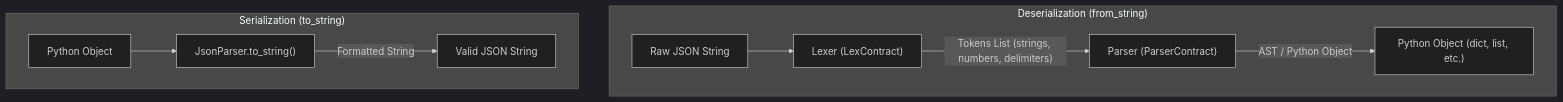
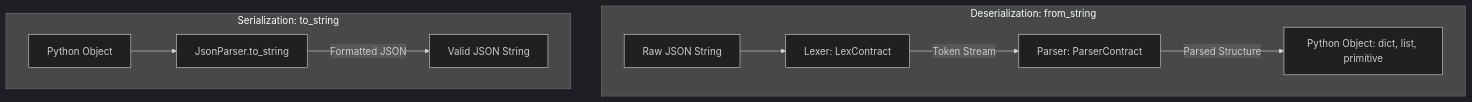
One commit to alexprodan99/pyjsonparser changed the first of 2 diagrams in docs/architecture.md. Above: the diagram before and after it, drawn with Mermaid (dark theme). The commit also changed other lines of this file and 10 other files, not shown here.

Commit message:
docs: fix Mermaid syntax error in architecture.md, add docstrings, and update docs

````diff
--- a/docs/architecture.md
+++ b/docs/architecture.md
@@ -11,13 +11,13 @@
 ```mermaid
 flowchart TD
-    subgraph Deserialization ["Deserialization (from_string)"]
-        Raw["Raw JSON String"] --> Lexer["Lexer (LexContract)"]
-        Lexer -->|"Tokens List (strings, numbers, delimiters)"| Parser["Parser (ParserContract)"]
-        Parser -->|"AST / Python Object"| PythonObj["Python Object (dict, list, etc.)"]
+    subgraph Deserialization ["Deserialization: from_string"]
+        Raw["Raw JSON String"] --> Lexer["Lexer: LexContract"]
+        Lexer -->|"Token Stream"| Parser["Parser: ParserContract"]
+        Parser -->|"Parsed Structure"| PythonObj["Python Object: dict, list, primitive"]
     end
 
-    subgraph Serialization ["Serialization (to_string)"]
-        PythonInput["Python Object"] --> Serializer["JsonParser.to_string()"]
-        Serializer -->|"Formatted String"| OutputJSON["Valid JSON String"]
+    subgraph Serialization ["Serialization: to_string"]
+        PythonInput["Python Object"] --> Serializer["JsonParser.to_string"]
+        Serializer -->|"Formatted JSON"| OutputJSON["Valid JSON String"]
     end
 ```
````
